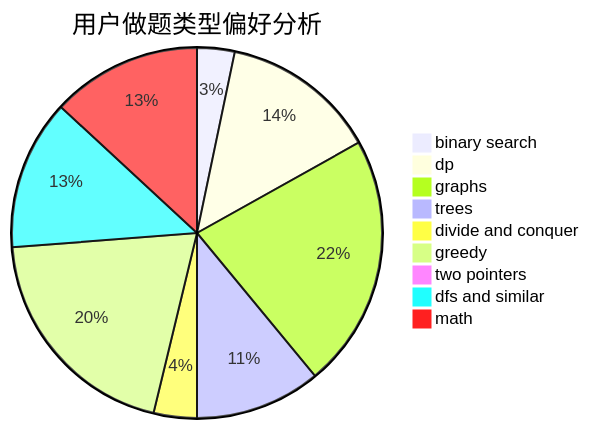
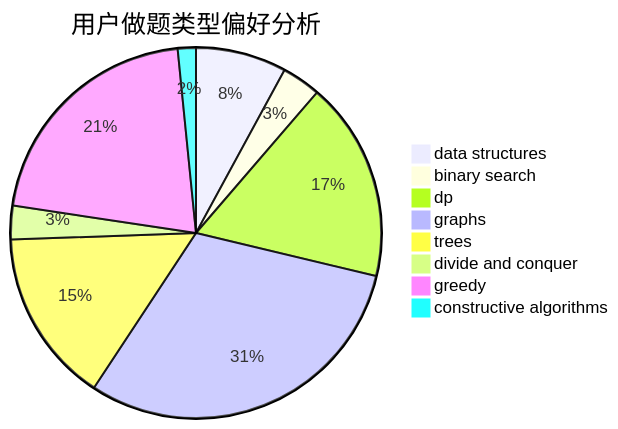
Before and after one commit to sherpahu/cfrs.github.io: the second of 3 diagrams in docs/user/u975.md, drawn with Mermaid. The commit also changed other lines of this file and 2775 other files, not shown here.

````diff
--- a/docs/user/u975.md
+++ b/docs/user/u975.md
@@ -23,12 +23,11 @@
 ```mermaid
 pie title 用户做题类型偏好分析
-    "binary search" :  20
-    "dp" :  83
+    "data structures" :  35
+    "binary search" :  15
+    "dp" :  77
     "graphs" :  135
     "trees" :  67
-    "divide and conquer" :  23
-    "greedy" :  122
-    "two pointers" :  2
-    "dfs and similar" :  80
-    "math" :  80
+    "divide and conquer" :  13
+    "greedy" :  93
+    "constructive algorithms" :  7
 ```
````
